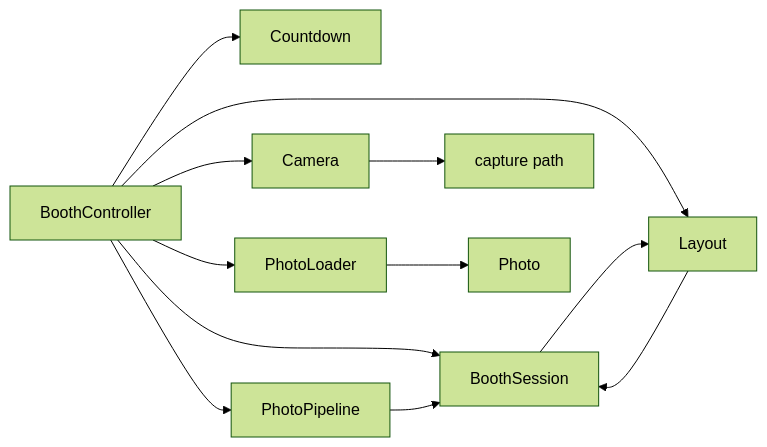
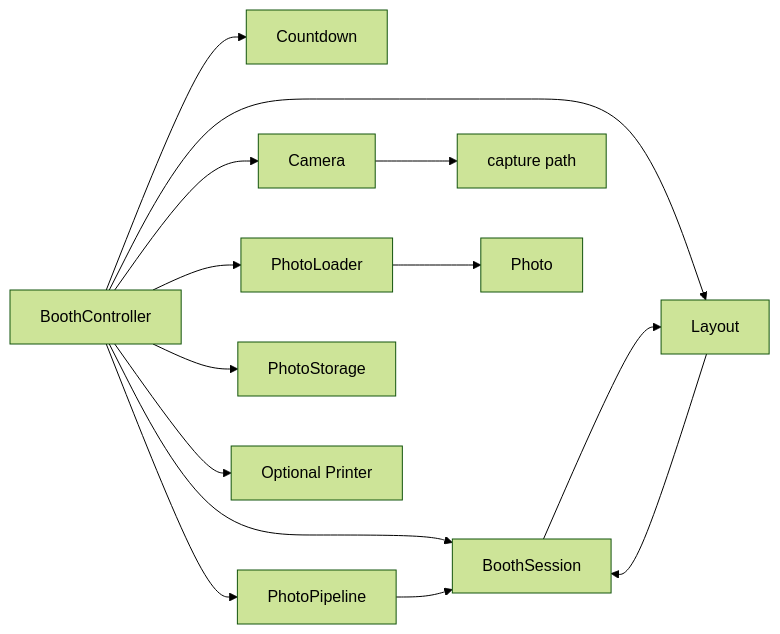
The second of 3 diagrams in docs/architecture/booth-lifecycle.md (djr8nch/piprints), drawn with Mermaid (forest theme) before and after one commit. The commit also changed other lines of this file and 6 other files, not shown here.

````diff
--- a/docs/architecture/booth-lifecycle.md
+++ b/docs/architecture/booth-lifecycle.md
@@ -40,14 +41,16 @@
 ```mermaid
 flowchart LR
     Controller["BoothController"] --> Session["BoothSession"]
     Controller --> Countdown["Countdown"]
     Controller --> Camera["Camera"]
     Controller --> Loader["PhotoLoader"]
     Controller --> Pipeline["PhotoPipeline"]
     Controller --> Layout["Layout"]
+    Controller --> Storage["PhotoStorage"]
+    Controller --> Printer["Optional Printer"]
     Camera --> CapturePath["capture path"]
     Loader --> Photo["Photo"]
     Pipeline --> Session
     Session --> Layout
     Layout --> Session
 ```
````
